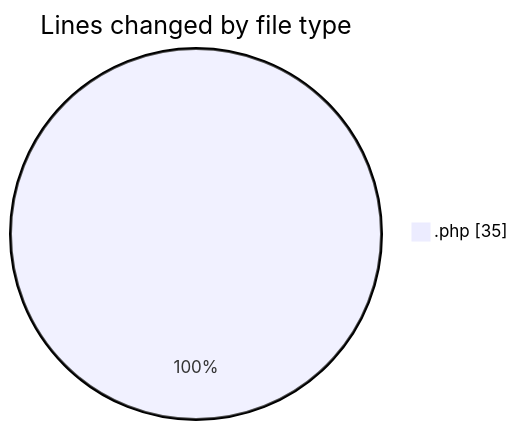
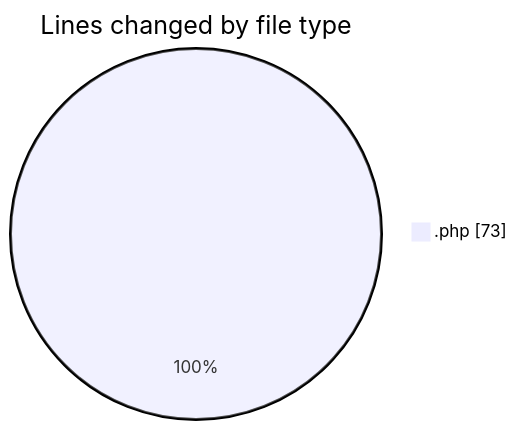
Before and after one commit to LanceThiago/code-tracking: the first of 2 diagrams in 2026-08-31/web/README.md, drawn with Mermaid. The commit also changed other lines of this file and 1 other file, not shown here.

````diff
--- a/2026-08-31/web/README.md
+++ b/2026-08-31/web/README.md
@@ -20,5 +21,5 @@
 ```mermaid
 pie showData
 title Lines changed by file type
-".php" : 35
+".php" : 73
 ```
````
